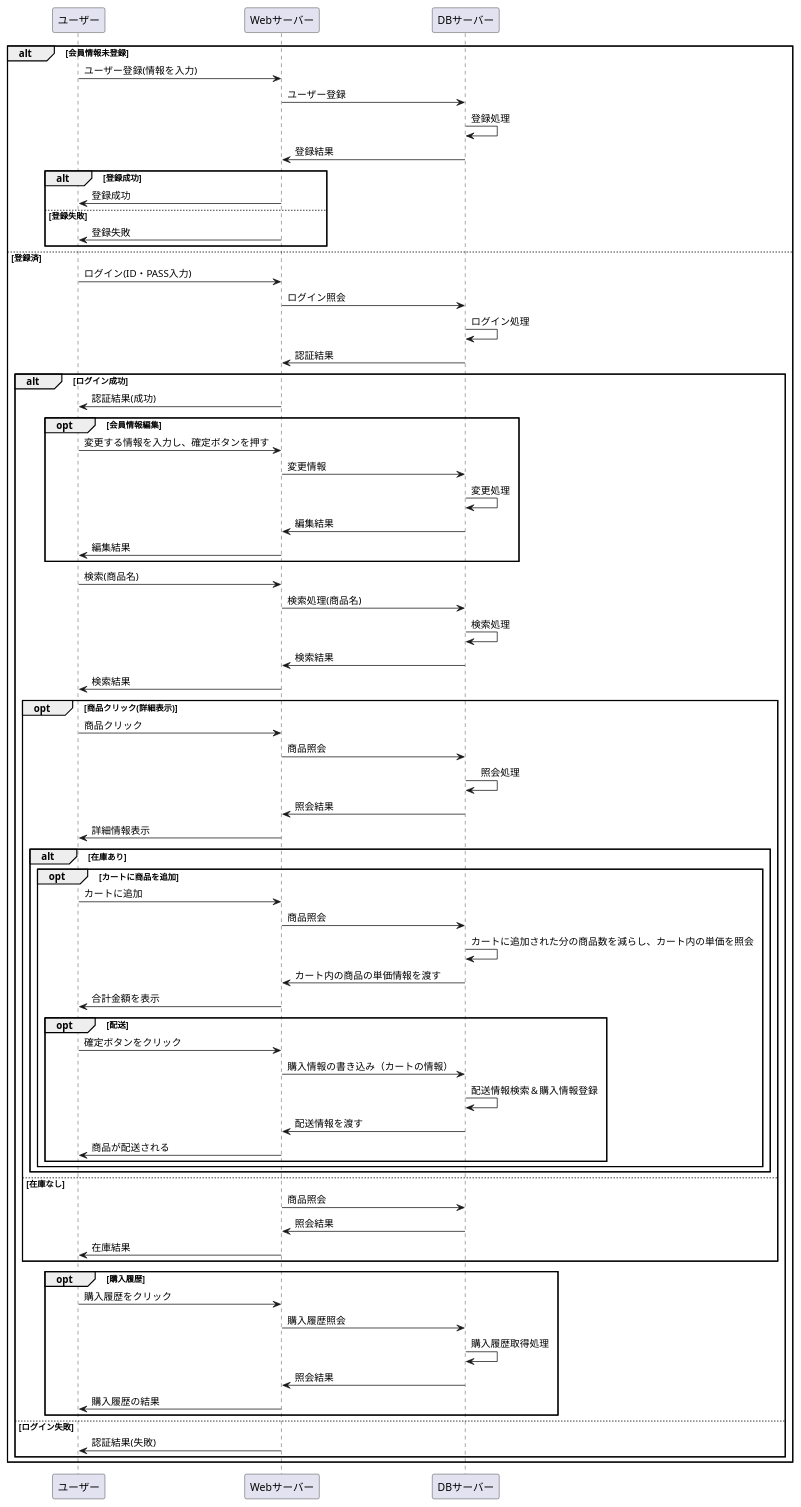
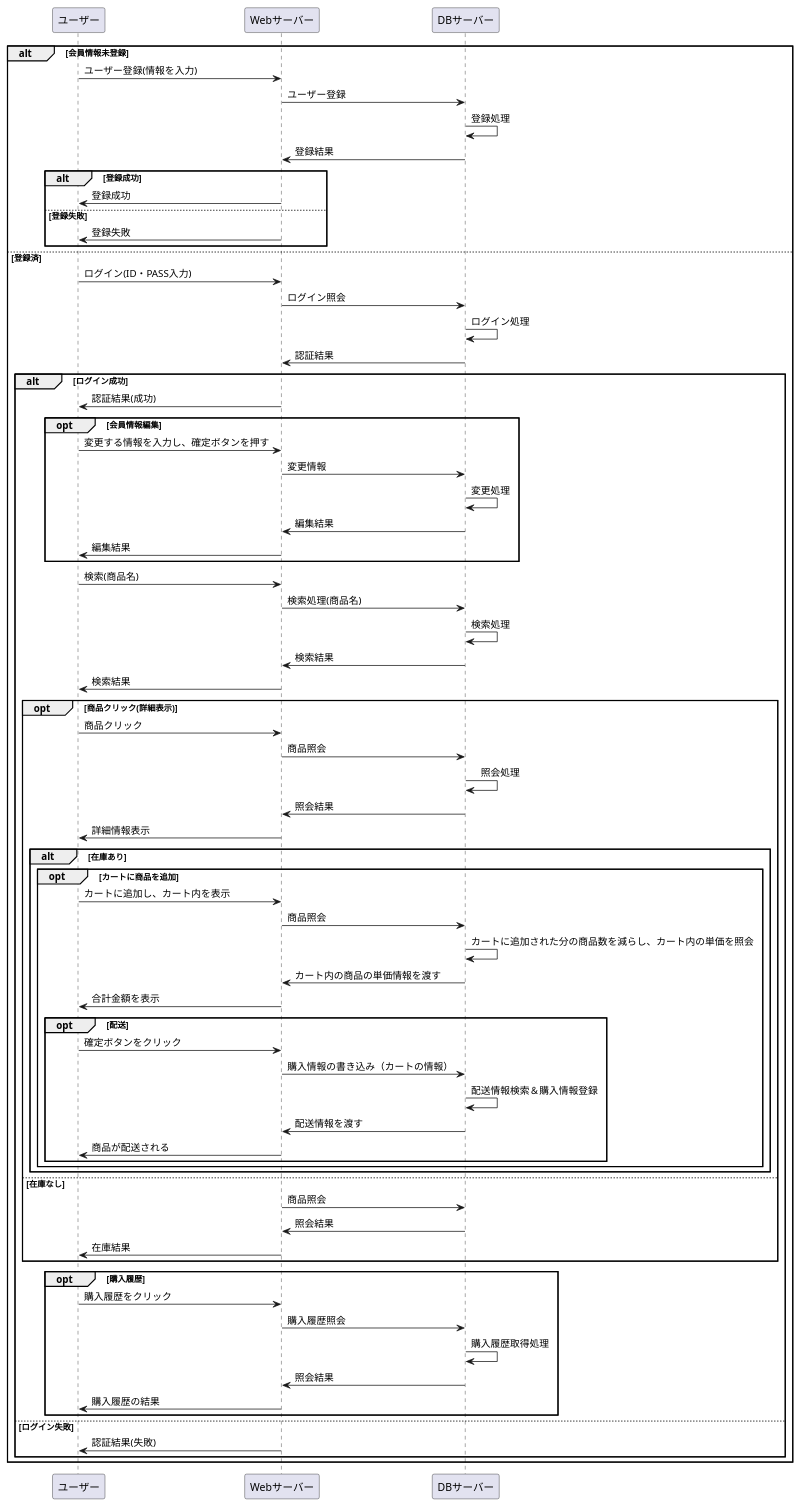
One commit to Aso2001227/Aso-Sports-1 changed the diagram in 設計書/02_業務フロー/business-flow.md. Above: the diagram before and after it, drawn with PlantUML.

`````diff
--- a/設計書/02_業務フロー/business-flow.md
+++ b/設計書/02_業務フロー/business-flow.md
@@ -1,82 +1,82 @@
 ```uml
 @startuml
 alt 会員情報未登録
   ユーザー -> Webサーバー : ユーザー登録(情報を入力)
   Webサーバー -> DBサーバー : ユーザー登録
   DBサーバー -> DBサーバー : 登録処理
   DBサーバー -> Webサーバー : 登録結果
   alt 登録成功
     Webサーバー -> ユーザー : 登録成功
     else 登録失敗
     Webサーバー -> ユーザー : 登録失敗
   end
 else 登録済
   ユーザー -> Webサーバー : ログイン(ID・PASS入力)
   Webサーバー -> DBサーバー : ログイン照会
   DBサーバー -> DBサーバー : ログイン処理
   DBサーバー -> Webサーバー : 認証結果
   alt ログイン成功
     Webサーバー -> ユーザー : 認証結果(成功)
     opt 会員情報編集
       ユーザー -> Webサーバー : 変更する情報を入力し、確定ボタンを押す
       Webサーバー -> DBサーバー :変更情報
       DBサーバー -> DBサーバー : 変更処理
       DBサーバー -> Webサーバー : 編集結果
       Webサーバー -> ユーザー : 編集結果
     end
     ユーザー -> Webサーバー : 検索(商品名)
     Webサーバー -> DBサーバー : 検索処理(商品名)
     DBサーバー -> DBサーバー : 検索処理
     DBサーバー -> Webサーバー : 検索結果
     Webサーバー -> ユーザー : 検索結果
     opt 商品クリック(詳細表示)
       ユーザー -> Webサーバー : 商品クリック
       Webサーバー -> DBサーバー : 商品照会
       DBサーバー -> DBサーバー : 　照会処理
       DBサーバー -> Webサーバー : 照会結果
       Webサーバー -> ユーザー : 詳細情報表示
       alt 在庫あり
         opt カートに商品を追加
-          ユーザー -> Webサーバー : カートに追加
+          ユーザー -> Webサーバー : カートに追加し、カート内を表示
           Webサーバー -> DBサーバー : 商品照会
           DBサーバー -> DBサーバー : カートに追加された分の商品数を減らし、カート内の単価を照会
           DBサーバー -> Webサーバー :カート内の商品の単価情報を渡す
           Webサーバー -> ユーザー:合計金額を表示
           opt 配送
             ユーザー -> Webサーバー : 確定ボタンをクリック
             Webサーバー -> DBサーバー :購入情報の書き込み（カートの情報）
             DBサーバー -> DBサーバー : 配送情報検索＆購入情報登録
             DBサーバー -> Webサーバー :配送情報を渡す
             Webサーバー -> ユーザー:商品が配送される
         end
       end
 
 
 
 
 
 
 end
 else 在庫なし
 Webサーバー -> DBサーバー : 商品照会
 DBサーバー -> Webサーバー : 照会結果
 Webサーバー -> ユーザー : 在庫結果
 end
 opt 購入履歴
 ユーザー ->Webサーバー :購入履歴をクリック
 Webサーバー -> DBサーバー :購入履歴照会
 DBサーバー -> DBサーバー : 購入履歴取得処理
 DBサーバー -> Webサーバー :照会結果
 Webサーバー -> ユーザー :購入履歴の結果
 end
 else ログイン失敗
 Webサーバー -> ユーザー : 認証結果(失敗)
 end
 end
 
 
 
 
 
 @enduml
 ````
`````
